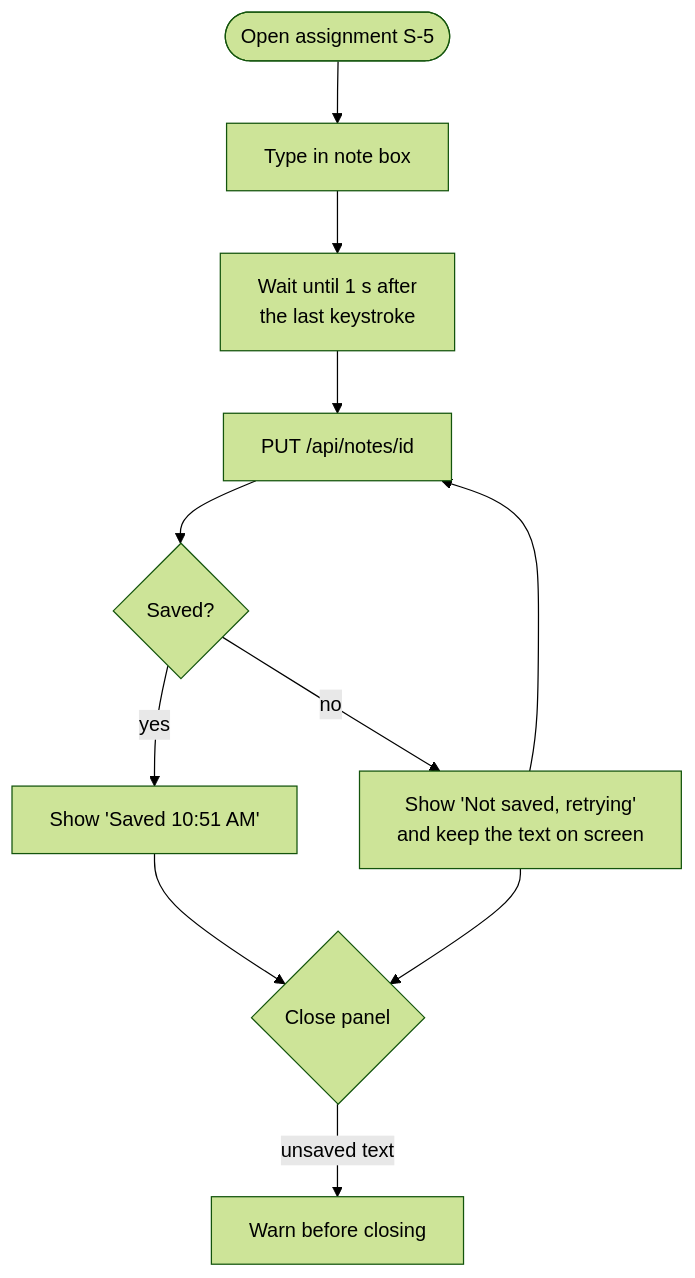
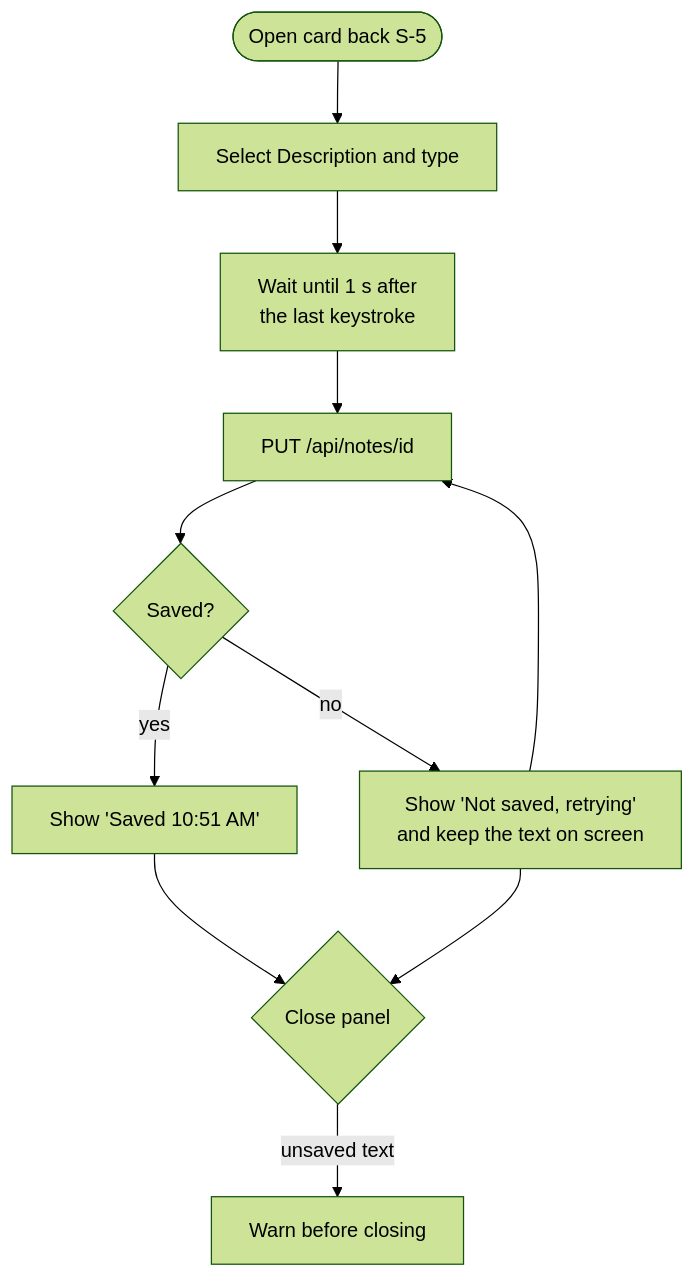
One commit to bbranton/TestProj changed the fifth of 9 diagrams in docs/canvas-portal/04-wireframes-workflows.md. Above: the diagram before and after it, drawn with Mermaid (forest theme). The commit also changed other lines of this file and 5 other files, not shown here.

````diff
--- a/docs/canvas-portal/04-wireframes-workflows.md
+++ b/docs/canvas-portal/04-wireframes-workflows.md
@@ -287,13 +392,13 @@
 ```mermaid
 flowchart TD
-    A([Open assignment S-5]) --> B[Type in note box]
+    A([Open card back S-5]) --> B[Select Description and type]
     B --> C[Wait until 1 s after<br/>the last keystroke]
     C --> D[PUT /api/notes/id]
     D --> E{Saved?}
     E -- yes --> F[Show 'Saved 10:51 AM']
     E -- no --> G[Show 'Not saved, retrying'<br/>and keep the text on screen]
     G --> D
     F --> H{Close panel}
     G --> H
     H -- unsaved text --> I[Warn before closing]
 ```
````
